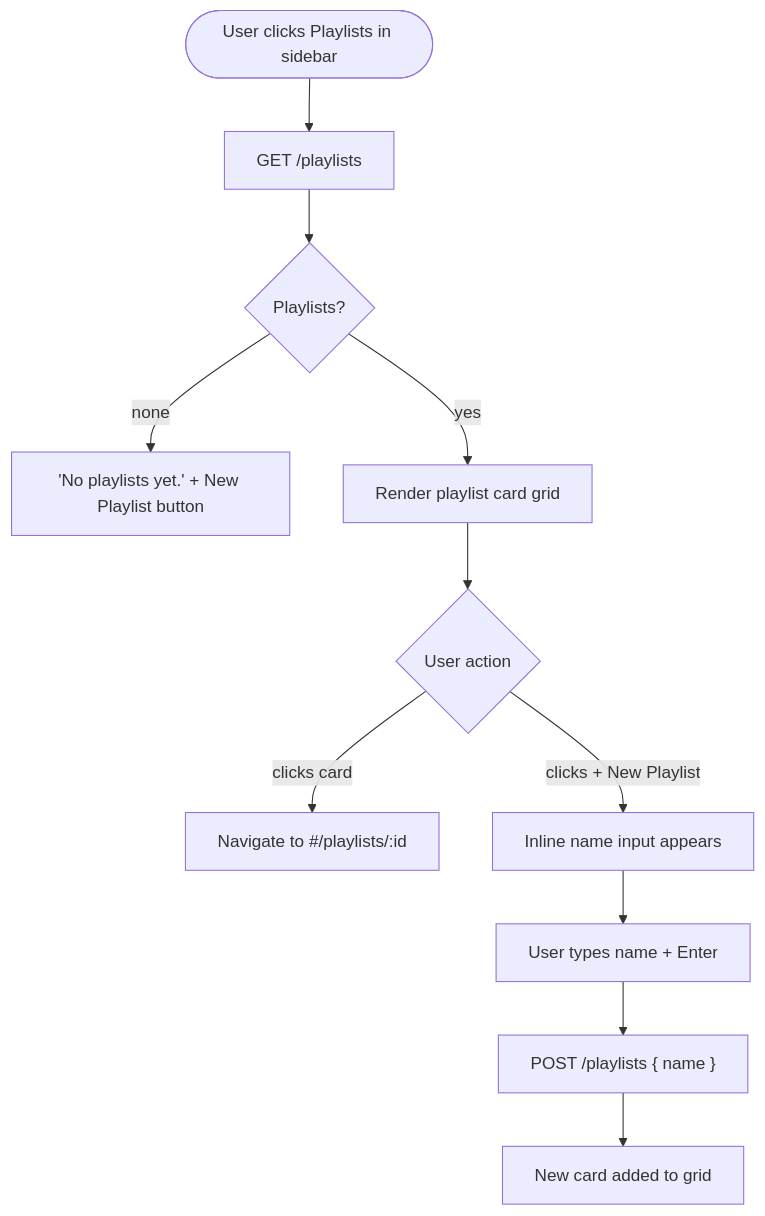
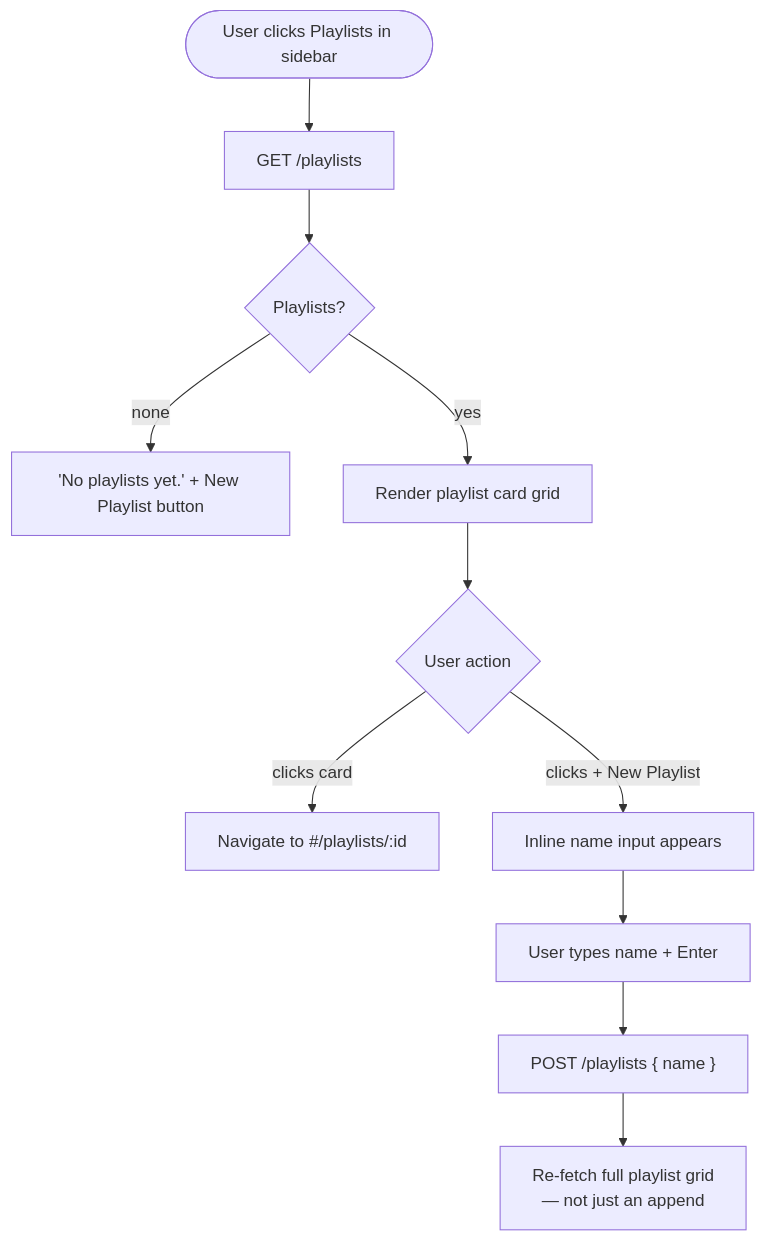
One commit to KarthikUdyawar/melo changed the tenth of 15 diagrams in docs/USER-FLOW.md. Above: the diagram before and after it, drawn with Mermaid. The commit also changed other lines of this file and 26 other files, not shown here.

````diff
--- a/docs/USER-FLOW.md
+++ b/docs/USER-FLOW.md
@@ -160,13 +170,13 @@
 ```mermaid
 flowchart TD
     A([User clicks Playlists in sidebar]) --> B["GET /playlists"]
     B --> C{Playlists?}
     C --none--> D["'No playlists yet.' + New Playlist button"]
     C --yes--> E[Render playlist card grid]
     E --> F{User action}
     F --clicks card--> G["Navigate to #/playlists/:id"]
     F --clicks + New Playlist--> H[Inline name input appears]
     H --> I[User types name + Enter]
     I --> J["POST /playlists { name }"]
-    J --> K[New card added to grid]
+    J --> K[Re-fetch full playlist grid\n— not just an append]
 ```
````
